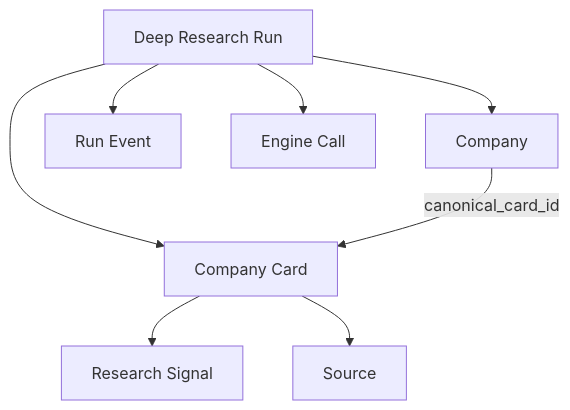
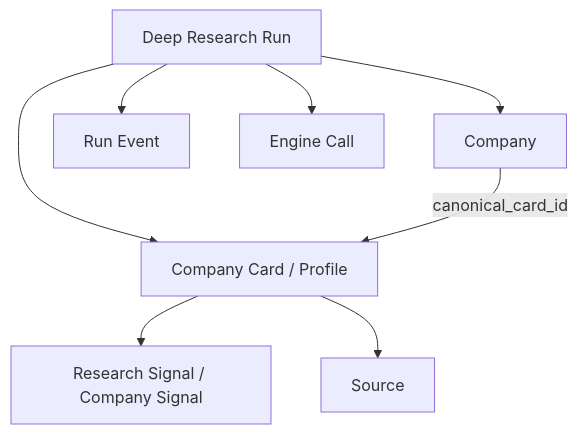
One commit to Growth-Maschine/NORAD-INTEL-ENGINE-V1 changed the fourth of 6 diagrams in docs/phase-1/P1-03.md. Above: the diagram before and after it, drawn with Mermaid. The commit also changed other lines of this file and 12 other files, not shown here.

````diff
--- a/docs/phase-1/P1-03.md
+++ b/docs/phase-1/P1-03.md
@@ -245,18 +235,18 @@
 ```mermaid
 flowchart TD
     DRR[Deep Research Run]
     CO[Company]
-    CC[Company Card]
-    RS[Research Signal]
+    CC[Company Card / Profile]
+    RS[Research Signal / Company Signal]
     SO[Source]
     RE[Run Event]
     EC[Engine Call]
 
     DRR --> CO
     DRR --> CC
     CC --> RS
     CC --> SO
     DRR --> RE
     DRR --> EC
     CO -->|canonical_card_id| CC
 ```
````
